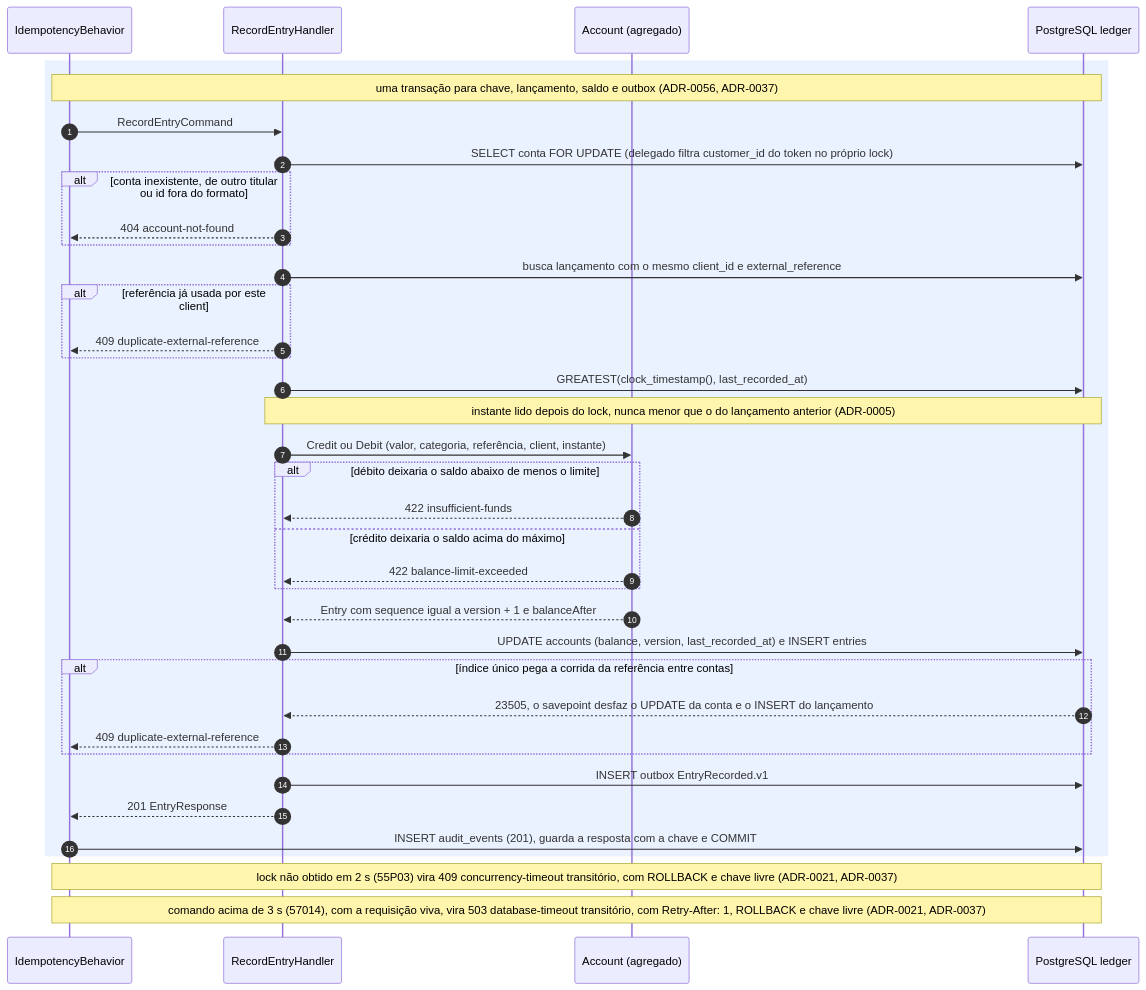
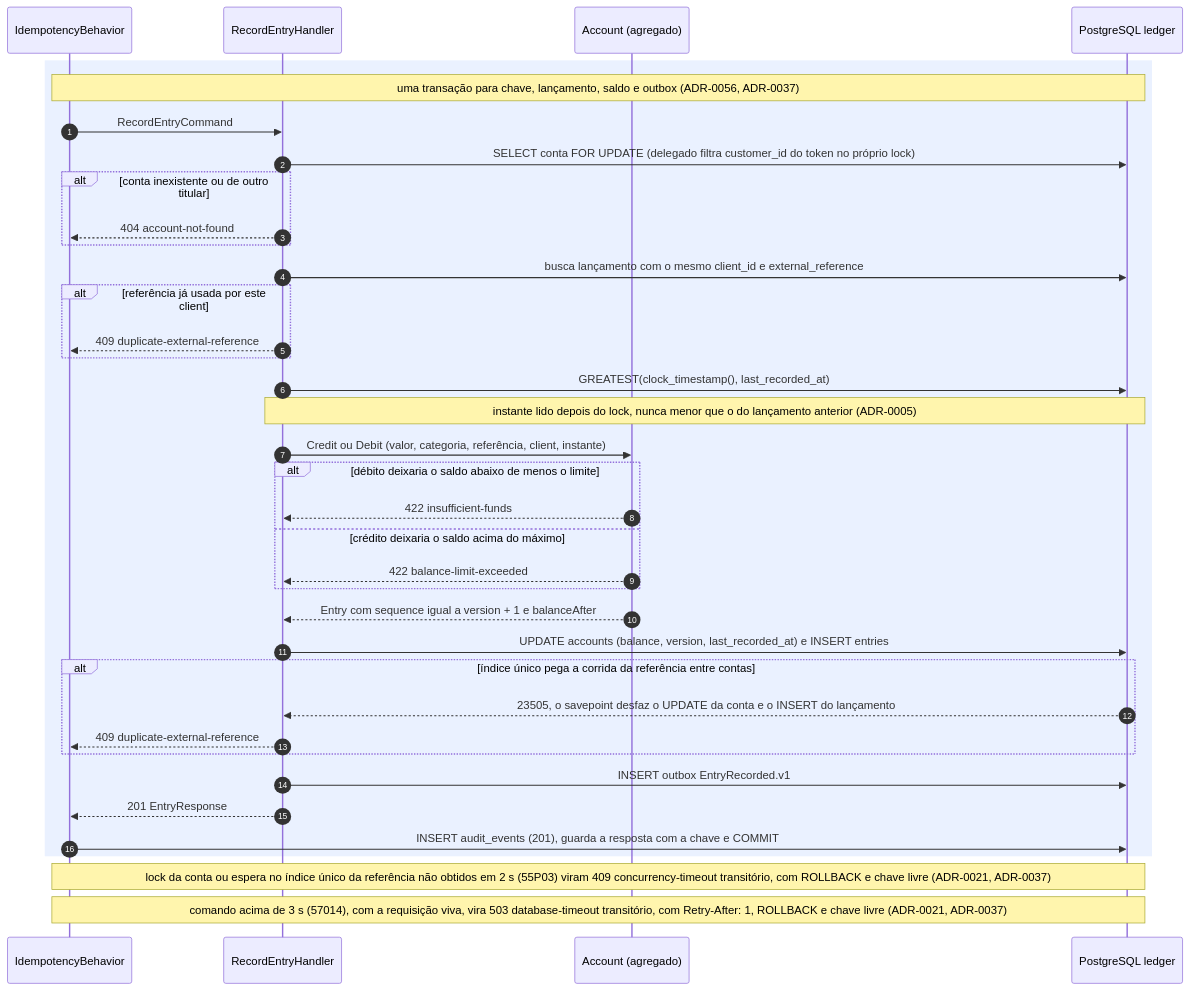
The first of 8 diagrams in docs/arquitetura/fluxos-ledger.md (arthuurw/desafio-arquiteto-keyrus), drawn with Mermaid before and after one commit. The commit also changed other lines of this file and 8 other files, not shown here.

````diff
--- a/docs/arquitetura/fluxos-ledger.md
+++ b/docs/arquitetura/fluxos-ledger.md
@@ -17,40 +17,40 @@
 ```mermaid
 sequenceDiagram
   autonumber
   participant B as IdempotencyBehavior
   participant H as RecordEntryHandler
   participant A as Account (agregado)
   participant DB as PostgreSQL ledger
 
   rect rgba(80, 140, 255, 0.12)
     Note over B,DB: uma transação para chave, lançamento, saldo e outbox (ADR-0056, ADR-0037)
     B->>H: RecordEntryCommand
     H->>DB: SELECT conta FOR UPDATE (delegado filtra customer_id do token no próprio lock)
-    alt conta inexistente, de outro titular ou id fora do formato
+    alt conta inexistente ou de outro titular
       H-->>B: 404 account-not-found
     end
     H->>DB: busca lançamento com o mesmo client_id e external_reference
     alt referência já usada por este client
       H-->>B: 409 duplicate-external-reference
     end
     H->>DB: GREATEST(clock_timestamp(), last_recorded_at)
     Note over H,DB: instante lido depois do lock, nunca menor que o do lançamento anterior (ADR-0005)
     H->>A: Credit ou Debit (valor, categoria, referência, client, instante)
     alt débito deixaria o saldo abaixo de menos o limite
       A-->>H: 422 insufficient-funds
     else crédito deixaria o saldo acima do máximo
       A-->>H: 422 balance-limit-exceeded
     end
     A-->>H: Entry com sequence igual a version + 1 e balanceAfter
     H->>DB: UPDATE accounts (balance, version, last_recorded_at) e INSERT entries
     alt índice único pega a corrida da referência entre contas
       DB-->>H: 23505, o savepoint desfaz o UPDATE da conta e o INSERT do lançamento
       H-->>B: 409 duplicate-external-reference
     end
     H->>DB: INSERT outbox EntryRecorded.v1
     H-->>B: 201 EntryResponse
     B->>DB: INSERT audit_events (201), guarda a resposta com a chave e COMMIT
   end
-  Note over B,DB: lock não obtido em 2 s (55P03) vira 409 concurrency-timeout transitório, com ROLLBACK e chave livre (ADR-0021, ADR-0037)
+  Note over B,DB: lock da conta ou espera no índice único da referência não obtidos em 2 s (55P03) viram 409 concurrency-timeout transitório, com ROLLBACK e chave livre (ADR-0021, ADR-0037)
   Note over B,DB: comando acima de 3 s (57014), com a requisição viva, vira 503 database-timeout transitório, com Retry-After: 1, ROLLBACK e chave livre (ADR-0021, ADR-0037)
 ```
````
